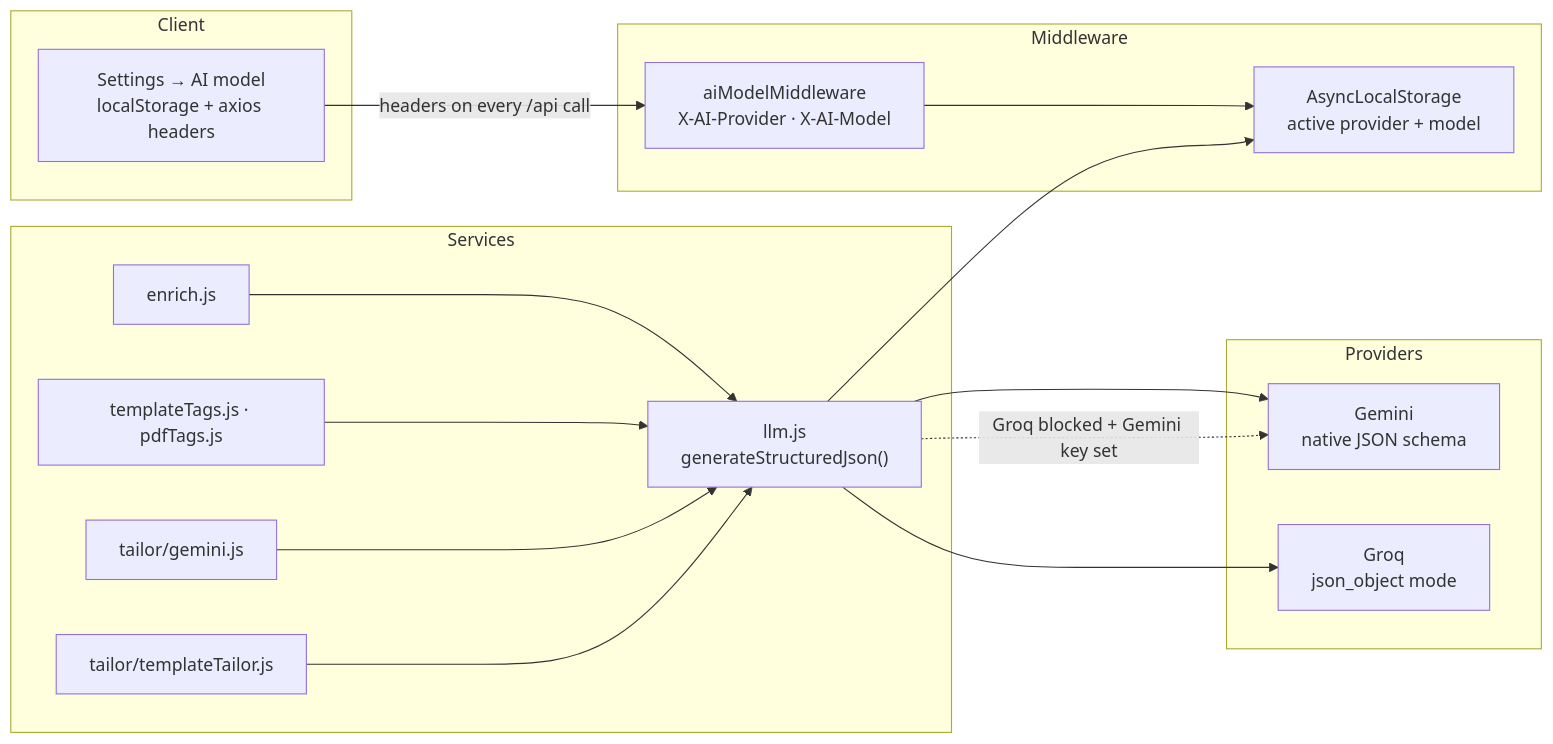
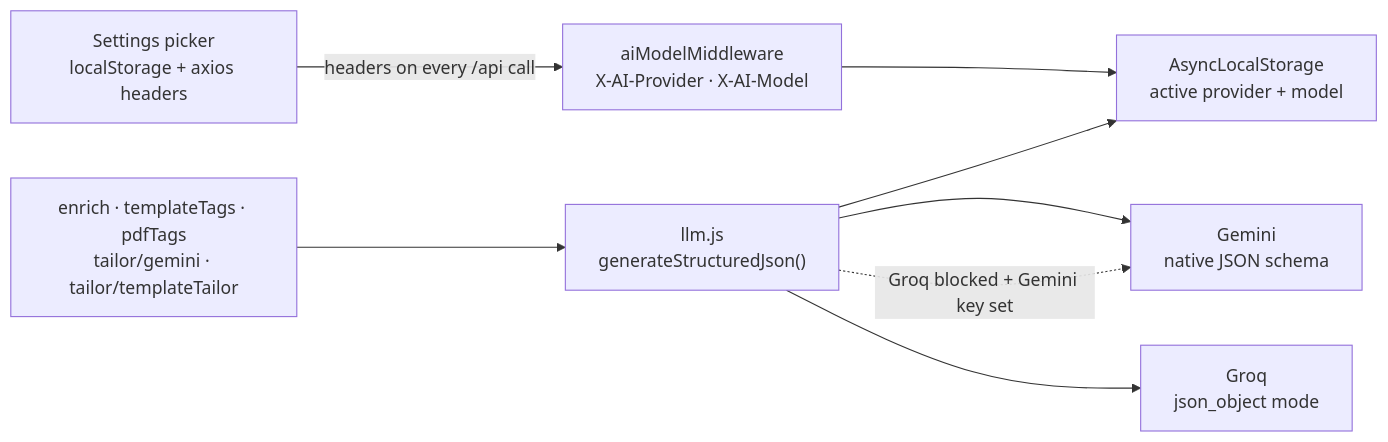
One commit to SK-ILLish-GIT/coldMail changed the fourth of 5 diagrams in DETAILS.md. Above: the diagram before and after it, drawn with Mermaid. The commit also changed other lines of this file, not shown here.

````diff
--- a/DETAILS.md
+++ b/DETAILS.md
@@ -106,35 +130,16 @@
 ```mermaid
 flowchart LR
-  subgraph Client
-    Picker["Settings → AI model<br/>localStorage + axios headers"]
-  end
+  Picker["Settings picker<br/>localStorage + axios headers"]
+  AIM["aiModelMiddleware<br/>X-AI-Provider · X-AI-Model"]
+  Ctx["AsyncLocalStorage<br/>active provider + model"]
+  LLM["llm.js<br/>generateStructuredJson()"]
+  Feat["enrich · templateTags · pdfTags<br/>tailor/gemini · tailor/templateTailor"]
+  G["Gemini<br/>native JSON schema"]
+  Q["Groq<br/>json_object mode"]
 
-  subgraph Middleware
-    AIM["aiModelMiddleware<br/>X-AI-Provider · X-AI-Model"]
-    Ctx["AsyncLocalStorage<br/>active provider + model"]
-  end
-
-  subgraph Services
-    LLM["llm.js<br/>generateStructuredJson()"]
-    Enrich["enrich.js"]
-    Tags["templateTags.js · pdfTags.js"]
-    RTailor["tailor/gemini.js"]
-    TTailor["tailor/templateTailor.js"]
-  end
-
-  subgraph Providers
-    G["Gemini<br/>native JSON schema"]
-    Q["Groq<br/>json_object mode"]
-  end
-
-  Picker -->|headers on every /api call| AIM
-  AIM --> Ctx
-  Enrich --> LLM
-  Tags --> LLM
-  RTailor --> LLM
-  TTailor --> LLM
-  LLM --> Ctx
+  Picker -->|"headers on every /api call"| AIM --> Ctx
+  Feat --> LLM --> Ctx
   LLM --> G
   LLM --> Q
   LLM -.->|"Groq blocked + Gemini key set"| G
 ```
````
